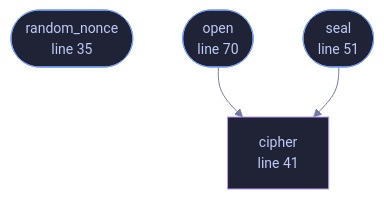
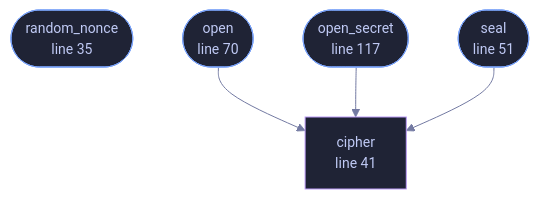
Before and after one commit to tilas01/veilvoice: the diagram in docs/files/veilvoice-crypto/aead.md, drawn with Mermaid. The commit also changed other lines of this file and 29 other files, not shown here.

````diff
--- a/docs/files/veilvoice-crypto/aead.md
+++ b/docs/files/veilvoice-crypto/aead.md
@@ -75,18 +77,21 @@
 ```mermaid
 %%{init: {"theme":"base","themeVariables":{"background":"#1a1b26","primaryColor":"#1f2335","primaryTextColor":"#c0caf5","primaryBorderColor":"#7aa2f7","secondaryColor":"#16161e","tertiaryColor":"#16161e","lineColor":"#737aa2","textColor":"#c0caf5","mainBkg":"#1f2335","nodeBorder":"#7aa2f7","clusterBkg":"#16161e","clusterBorder":"#2f3549","fontFamily":"ui-monospace, SFMono-Regular, Consolas, monospace","fontSize":"14px"}}}%%
 flowchart TD
     n_random_nonce(["random_nonce<br/>line 35"])
     n_cipher["cipher<br/>line 41"]
     n_seal(["seal<br/>line 51"])
     n_open(["open<br/>line 70"])
+    n_open_secret(["open_secret<br/>line 117"])
     n_open --> n_cipher
+    n_open_secret --> n_cipher
     n_seal --> n_cipher
     click n_random_nonce href "https://github.com/tilas01/veilvoice/blob/main/crates/veilvoice-crypto/src/aead.rs#L35" "open the source"
     click n_cipher href "https://github.com/tilas01/veilvoice/blob/main/crates/veilvoice-crypto/src/aead.rs#L41" "open the source"
     click n_seal href "https://github.com/tilas01/veilvoice/blob/main/crates/veilvoice-crypto/src/aead.rs#L51" "open the source"
     click n_open href "https://github.com/tilas01/veilvoice/blob/main/crates/veilvoice-crypto/src/aead.rs#L70" "open the source"
+    click n_open_secret href "https://github.com/tilas01/veilvoice/blob/main/crates/veilvoice-crypto/src/aead.rs#L117" "open the source"
     classDef entry fill:#1f2335,stroke:#7aa2f7,color:#c0caf5
-    class n_random_nonce,n_seal,n_open entry
+    class n_random_nonce,n_seal,n_open,n_open_secret entry
     classDef helper fill:#1f2335,stroke:#bb9af7,color:#c0caf5
     class n_cipher helper
 ```
````
